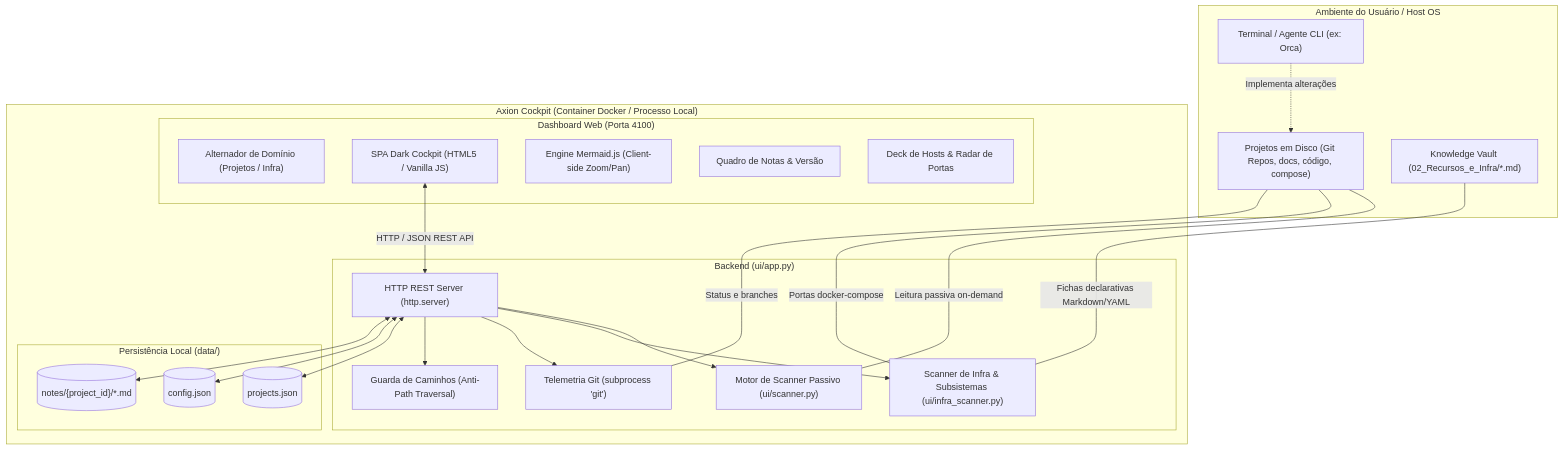
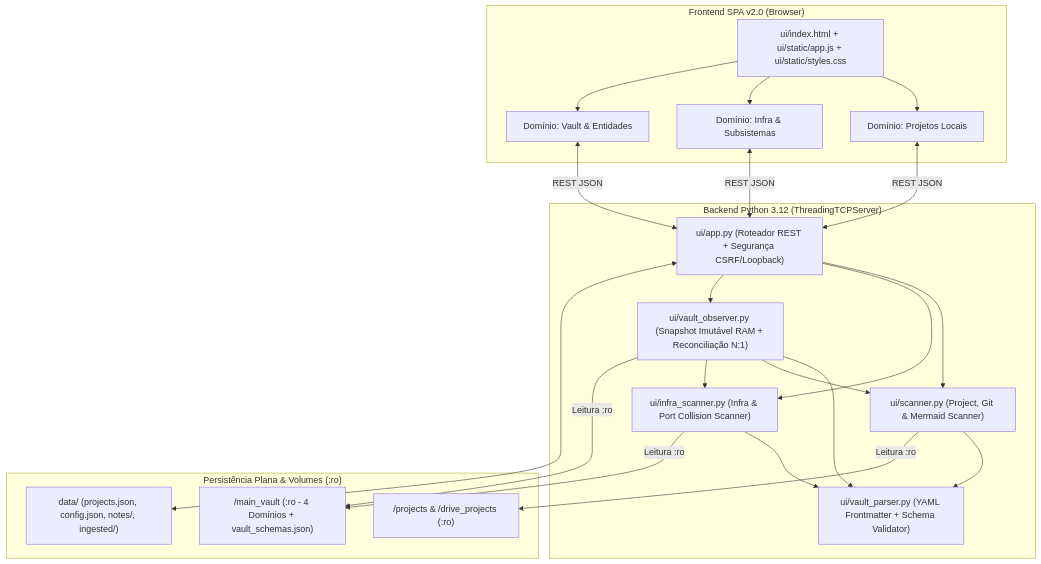
Before and after one commit to sandrofreitas-web/axion-cockpit: the diagram in docs/ARCHITECTURE.md, drawn with Mermaid. The commit also changed other lines of this file and 32 other files, not shown here.

First line of the commit message:
feat(vault): implementar observabilidade do main_vault, visao por entidade e rebuild UI v2.0

````diff
--- a/docs/ARCHITECTURE.md
+++ b/docs/ARCHITECTURE.md
@@ -29,46 +9,44 @@
 ```mermaid
 flowchart TD
-    subgraph Host ["Ambiente do Usuário / Host OS"]
-        TerminalCLI["Terminal / Agente CLI (ex: Orca)"]
-        ProjectsDir["Projetos em Disco (Git Repos, docs, código, compose)"]
-        VaultDir["Knowledge Vault (02_Recursos_e_Infra/*.md)"]
+    subgraph Client["Frontend SPA v2.0 (Browser)"]
+        UI["ui/index.html + ui/static/app.js + ui/static/styles.css"]
+        TabProj["Domínio: Projetos Locais"]
+        TabInfra["Domínio: Infra & Subsistemas"]
+        TabVault["Domínio: Vault & Entidades"]
+        UI --> TabProj
+        UI --> TabInfra
+        UI --> TabVault
     end
 
-    subgraph Axion_Container ["Axion Cockpit (Container Docker / Processo Local)"]
-        subgraph WebClient ["Dashboard Web (Porta 4100)"]
-            TopbarDomains["Alternador de Domínio (Projetos / Infra)"]
-            SPA["SPA Dark Cockpit (HTML5 / Vanilla JS)"]
-            MermaidEngine["Engine Mermaid.js (Client-side Zoom/Pan)"]
-            KanbanNotes["Quadro de Notas & Versão"]
-            InfraDeck["Deck de Hosts & Radar de Portas"]
-        end
-
-        subgraph CoreBackend ["Backend (ui/app.py)"]
-            RESTServer["HTTP REST Server (http.server)"]
-            ScannerEngine["Motor de Scanner Passivo (ui/scanner.py)"]
-            InfraEngine["Scanner de Infra & Subsistemas (ui/infra_scanner.py)"]
-            GitTelemetry["Telemetria Git (subprocess 'git')"]
-            SecurityGuard["Guarda de Caminhos (Anti-Path Traversal)"]
-        end
-
-        subgraph Storage ["Persistência Local (data/)"]
-            ProjectsDB[("projects.json")]
-            ConfigDB[("config.json")]
-            NotesStorage[("notes/{project_id}/*.md")]
-        end
+    subgraph Server["Backend Python 3.12 (ThreadingTCPServer)"]
+        App["ui/app.py (Roteador REST + Segurança CSRF/Loopback)"]
+        Scanner["ui/scanner.py (Project, Git & Mermaid Scanner)"]
+        InfraScanner["ui/infra_scanner.py (Infra & Port Collision Scanner)"]
+        VaultObserver["ui/vault_observer.py (Snapshot Imutável RAM + Reconciliação N:1)"]
+        VaultParser["ui/vault_parser.py (YAML Frontmatter + Schema Validator)"]
     end
 
-    TerminalCLI -.->|"Implementa alterações"| ProjectsDir
-    ProjectsDir <---|Leitura passiva on-demand| ScannerEngine
-    ProjectsDir <---|Portas docker-compose| InfraEngine
-    VaultDir <---|Fichas declarativas Markdown/YAML| InfraEngine
-    ProjectsDir <---|Status e branches| GitTelemetry
-    SPA <-->|"HTTP / JSON REST API"| RESTServer
-    RESTServer --> ScannerEngine
-    RESTServer --> InfraEngine
-    RESTServer --> GitTelemetry
-    RESTServer --> SecurityGuard
-    RESTServer <--> ProjectsDB
-    RESTServer <--> ConfigDB
-    RESTServer <--> NotesStorage
+    subgraph Storage["Persistência Plana & Volumes (:ro)"]
+        DataDir["data/ (projects.json, config.json, notes/, ingested/)"]
+        ProjectsVol["/projects & /drive_projects (:ro)"]
+        MainVault["/main_vault (:ro - 4 Domínios + vault_schemas.json)"]
+    end
+
+    TabProj <-->|REST JSON| App
+    TabInfra <-->|REST JSON| App
+    TabVault <-->|REST JSON| App
+
+    App --> Scanner
+    App --> InfraScanner
+    App --> VaultObserver
+    Scanner --> VaultParser
+    InfraScanner --> VaultParser
+    VaultObserver --> VaultParser
+    VaultObserver --> Scanner
+    VaultObserver --> InfraScanner
+
+    App <--> DataDir
+    Scanner -->|Leitura :ro| ProjectsVol
+    InfraScanner -->|Leitura :ro| MainVault
+    VaultObserver -->|Leitura :ro| MainVault
 ```
````
